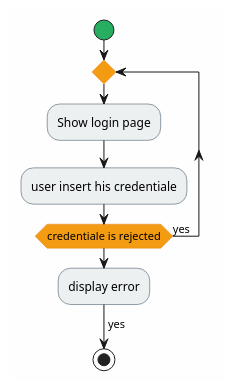
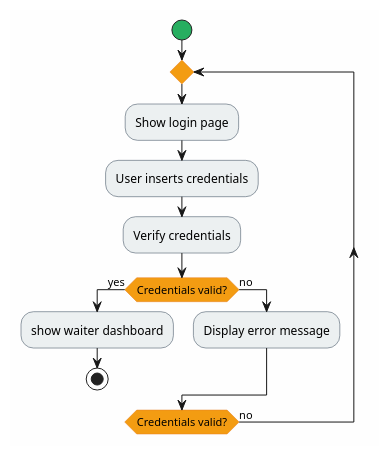
One commit to BrugnoliDavide/Restaurant-Managaer changed the diagram in diagrammi/plantUML/ActivityLogin.puml. Above: the diagram before and after it, drawn with PlantUML. The commit also changed 24 other files, not shown here.

```diff
--- a/diagrammi/plantUML/ActivityLogin.puml
+++ b/diagrammi/plantUML/ActivityLogin.puml
@@ -1,35 +1,41 @@
 @startuml Create Order - Activity Diagram Login
 
 skinparam backgroundColor #FEFEFE
 skinparam activity {
     BackgroundColor #ECF0F1
     BorderColor #2C3E50
     StartColor #27AE60
     EndColor #C0392B
     DiamondBackgroundColor #F39C12
     DiamondBorderColor #E67E22
 }
 
 skinparam note {
     BackgroundColor #FFF9E6
     BorderColor #F39C12
 }
 
 start
 
 repeat
+
     :Show login page;
 
-    :user insert his credentiale;
+    :User inserts credentials;
 
+    :Verify credentials;
 
+    if (Credentials valid?) then (yes)
 
-repeat while (credentiale is rejected) is (yes)
-    :display error;
-    ->yes;
+        :show waiter dashboard;
+        stop
 
+    else (no)
 
+        :Display error message;
 
-stop
+    endif
+
+repeat while (Credentials valid?) is (no)
 
 @enduml
```
